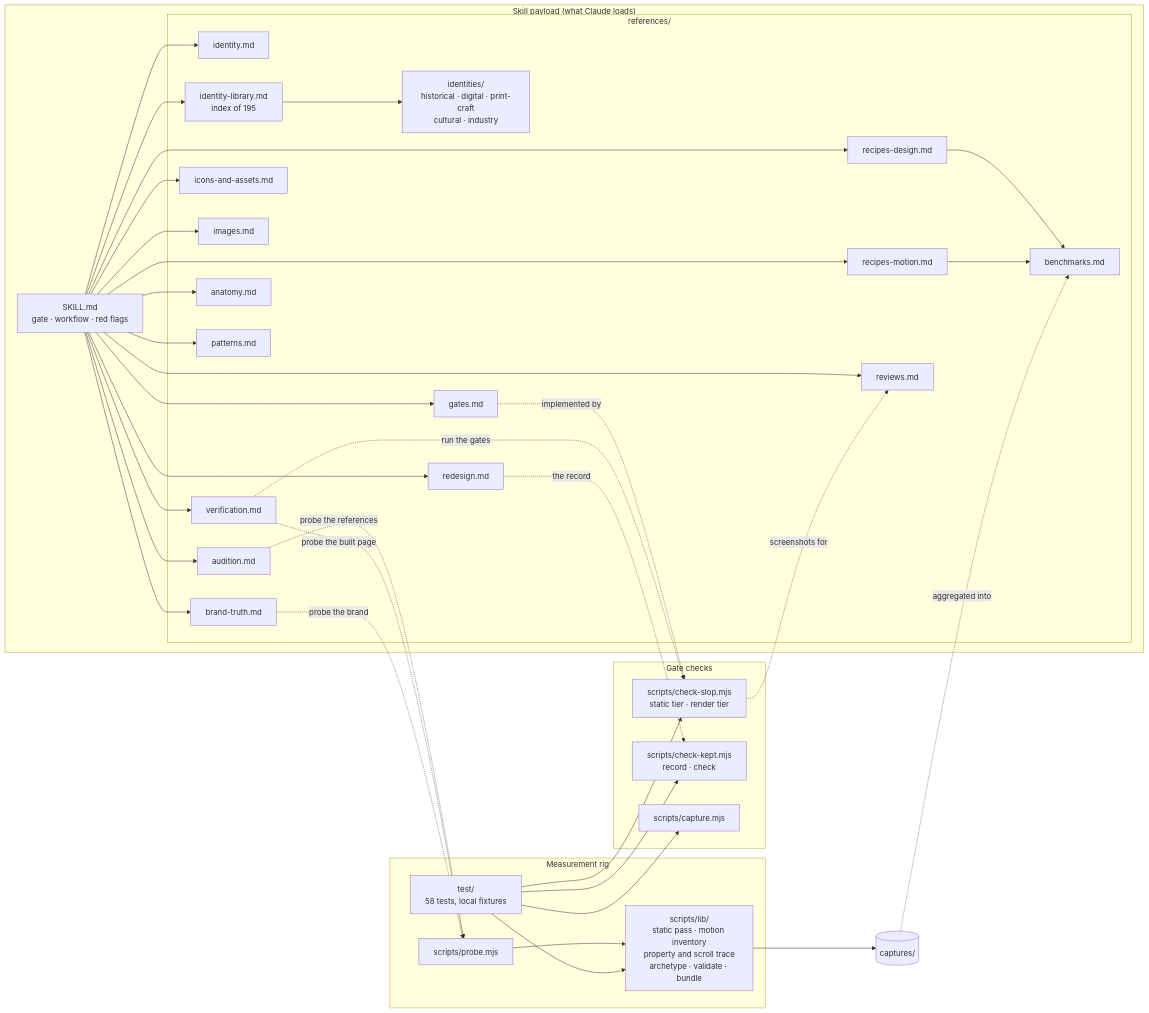
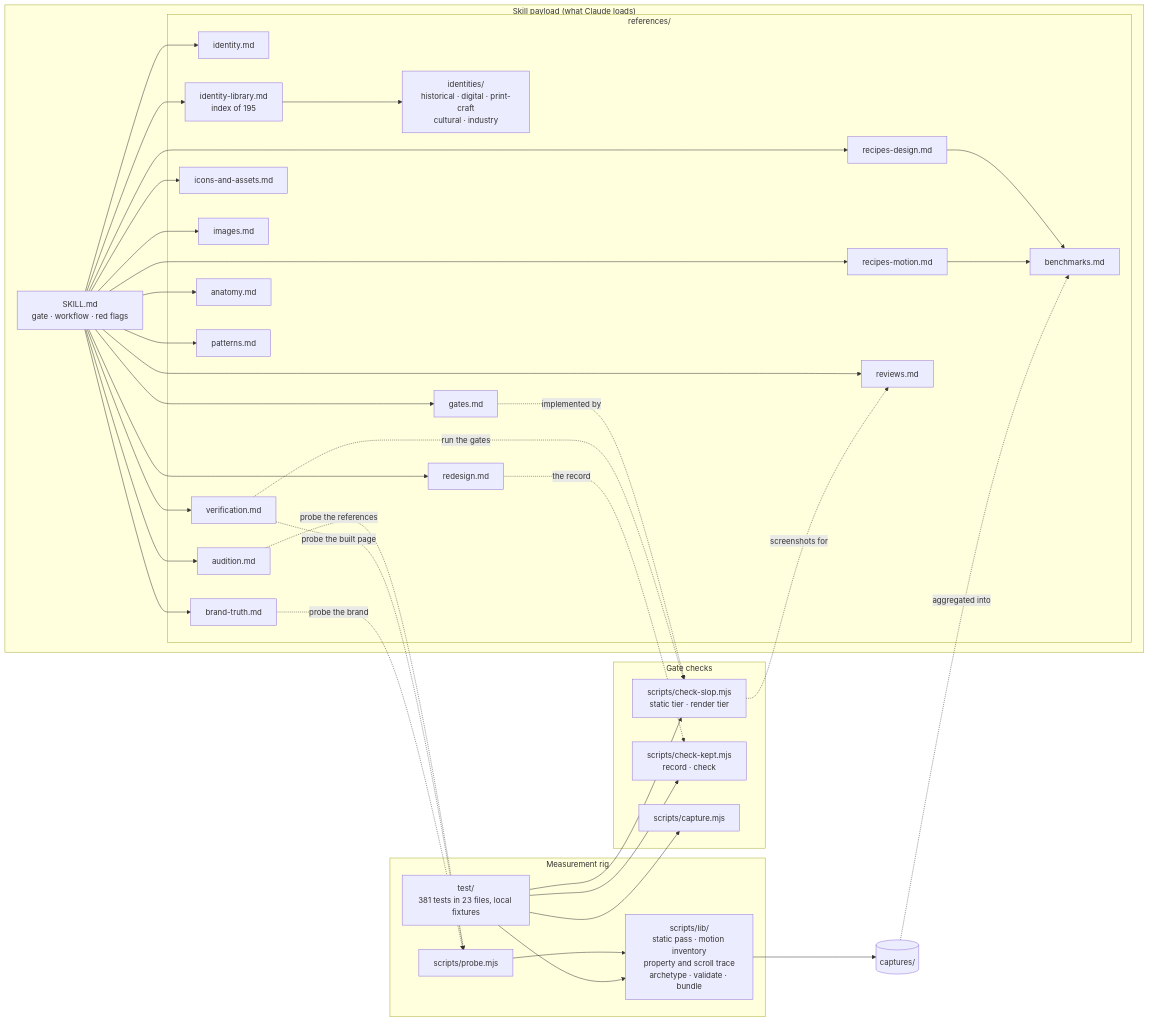
The second of 2 diagrams in README.md (jounimn/df-design), drawn with Mermaid before and after one commit. The commit also changed other lines of this file and 1 other file, not shown here.

Commit message:
fix: examples pass the render tier; real test count in the README
miolo's kept headline word wraps under 360px (it scrolled sideways at
320). The decorative-svg gate skips an SVG hidden by an ancestor or a
display:none sprite sheet. README counts the suite as it is: 381 tests in
23 files.

Claude-Session: https://claude.ai/code/session_01JG1nExcbLrSgK9G8AYYw1X

````diff
--- a/README.md
+++ b/README.md
@@ -179,48 +179,48 @@
 ```mermaid
 flowchart LR
     subgraph Skill["Skill payload (what Claude loads)"]
         SK["SKILL.md<br/>gate · workflow · red flags"]
         subgraph Refs["references/"]
             ID["identity.md"]
             AUD["audition.md"]
             LIB["identity-library.md<br/>index of 195"]
             FAM["identities/<br/>historical · digital · print-craft<br/>cultural · industry"]
             RD["recipes-design.md"]
             RM["recipes-motion.md"]
             IC["icons-and-assets.md"]
             IMG["images.md"]
             VER["verification.md"]
             BEN["benchmarks.md"]
             ANA["anatomy.md"]
             GAT["gates.md"]
             PAT["patterns.md"]
             REV["reviews.md"]
             RED["redesign.md"]
             BRT["brand-truth.md"]
         end
     end
     subgraph Rig["Measurement rig"]
         PRB["scripts/probe.mjs"]
         LIBS["scripts/lib/<br/>static pass · motion inventory<br/>property and scroll trace<br/>archetype · validate · bundle"]
-        TST["test/<br/>58 tests, local fixtures"]
+        TST["test/<br/>381 tests in 23 files, local fixtures"]
     end
     subgraph Gates["Gate checks"]
         CSL["scripts/check-slop.mjs<br/>static tier · render tier"]
         CKP["scripts/check-kept.mjs<br/>record · check"]
         CPT["scripts/capture.mjs"]
     end
     SK --> ID & AUD & LIB & RD & RM & IC & IMG & VER & ANA & GAT & PAT & REV & RED & BRT
     LIB --> FAM
     RD & RM --> BEN
     PRB --> LIBS
     LIBS --> CAP[("captures/")]
     CAP -. "aggregated into" .-> BEN
     AUD -. "probe the references" .-> PRB
     VER -. "probe the built page" .-> PRB
     GAT -. "implemented by" .-> CSL
     VER -. "run the gates" .-> CSL
     RED -. "the record" .-> CKP
     BRT -. "probe the brand" .-> PRB
     CSL -. "screenshots for" .-> REV
     TST --> LIBS & CSL & CKP & CPT
 ```
````
